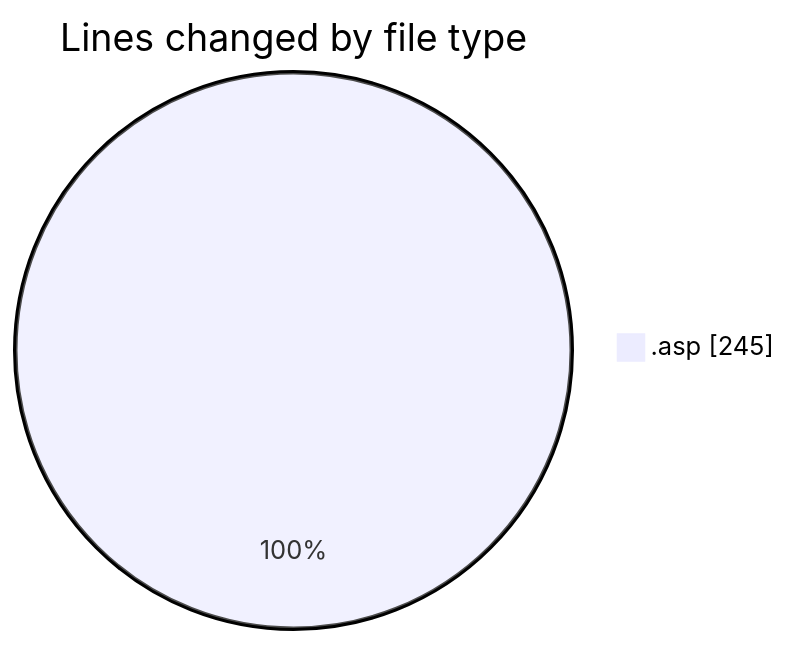
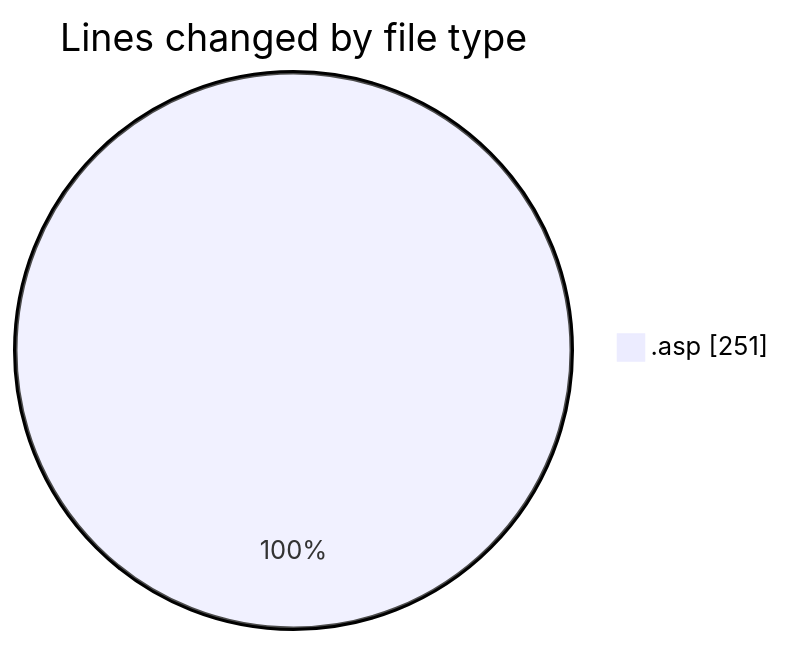
The first of 2 diagrams in 2025-11-15/cdp_aleoudev_fr__workspace_/README.md (julien-gomy/code-tracking), drawn with Mermaid before and after one commit. The commit also changed other lines of this file and 1 other file, not shown here.

````diff
--- a/2025-11-15/cdp_aleoudev_fr__workspace_/README.md
+++ b/2025-11-15/cdp_aleoudev_fr__workspace_/README.md
@@ -22,5 +22,5 @@
 ```mermaid
 pie showData
 title Lines changed by file type
-".asp" : 245
+".asp" : 251
 ```
````
